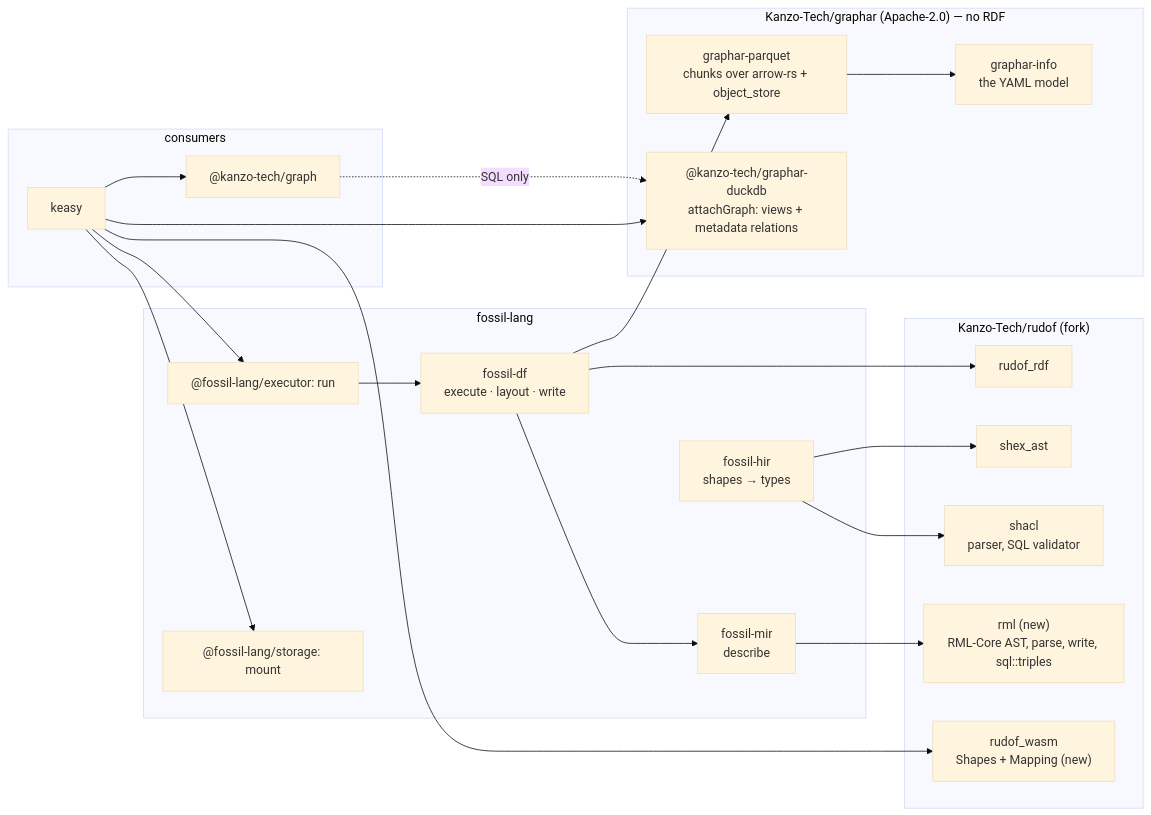
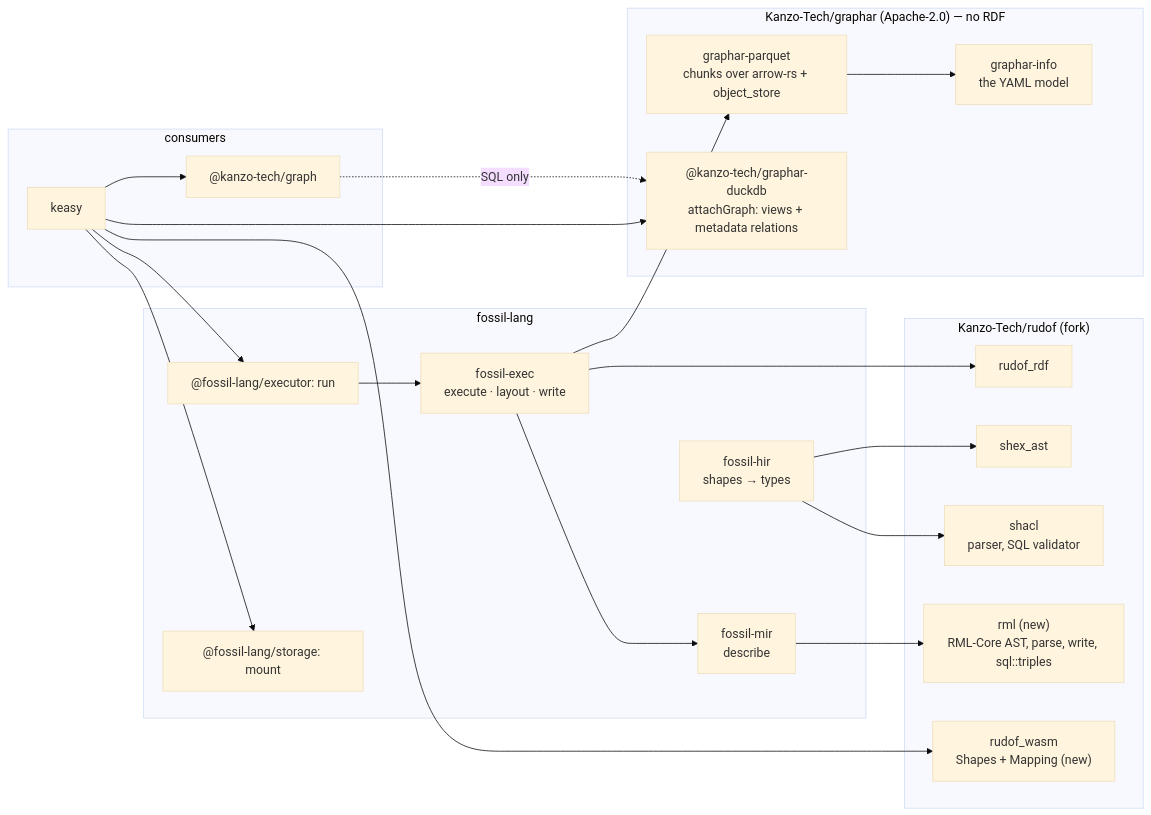
The diagram in docs/content/docs/design/graphar.mdx (Kanzo-Tech/fossil-lang), drawn with Mermaid (base theme) before and after one commit. The commit also changed other lines of this file and 131 other files, not shown here.

````diff
--- a/docs/content/docs/design/graphar.mdx
+++ b/docs/content/docs/design/graphar.mdx
@@ -40,40 +40,40 @@
 ```mermaid
 flowchart LR
   subgraph G["Kanzo-Tech/graphar (Apache-2.0) — no RDF"]
     info["graphar-info<br/>the YAML model"]
     pq["graphar-parquet<br/>chunks over arrow-rs + object_store"]
     js["@kanzo-tech/graphar-duckdb<br/>attachGraph: views + metadata relations"]
   end
   subgraph R["Kanzo-Tech/rudof (fork)"]
     rdf["rudof_rdf"]
     shex["shex_ast"]
     shacl["shacl<br/>parser, SQL validator"]
     rml["rml (new)<br/>RML-Core AST, parse, write, sql::triples"]
     rw["rudof_wasm<br/>Shapes + Mapping (new)"]
   end
   subgraph F["fossil-lang"]
     hir["fossil-hir<br/>shapes → types"]
     mir["fossil-mir<br/>describe"]
-    df["fossil-df<br/>execute · layout · write"]
+    df["fossil-exec<br/>execute · layout · write"]
     exe["@fossil-lang/executor: run"]
     st["@fossil-lang/storage: mount"]
   end
   subgraph D["consumers"]
     ui["@kanzo-tech/graph"]
     keasy["keasy"]
   end
   pq --> info
   hir --> shex
   hir --> shacl
   df --> pq
   df --> mir
   mir --> rml
   df --> rdf
   exe --> df
   ui -. SQL only .-> js
   keasy --> exe
   keasy --> st
   keasy --> js
   keasy --> rw
   keasy --> ui
 ```
````
